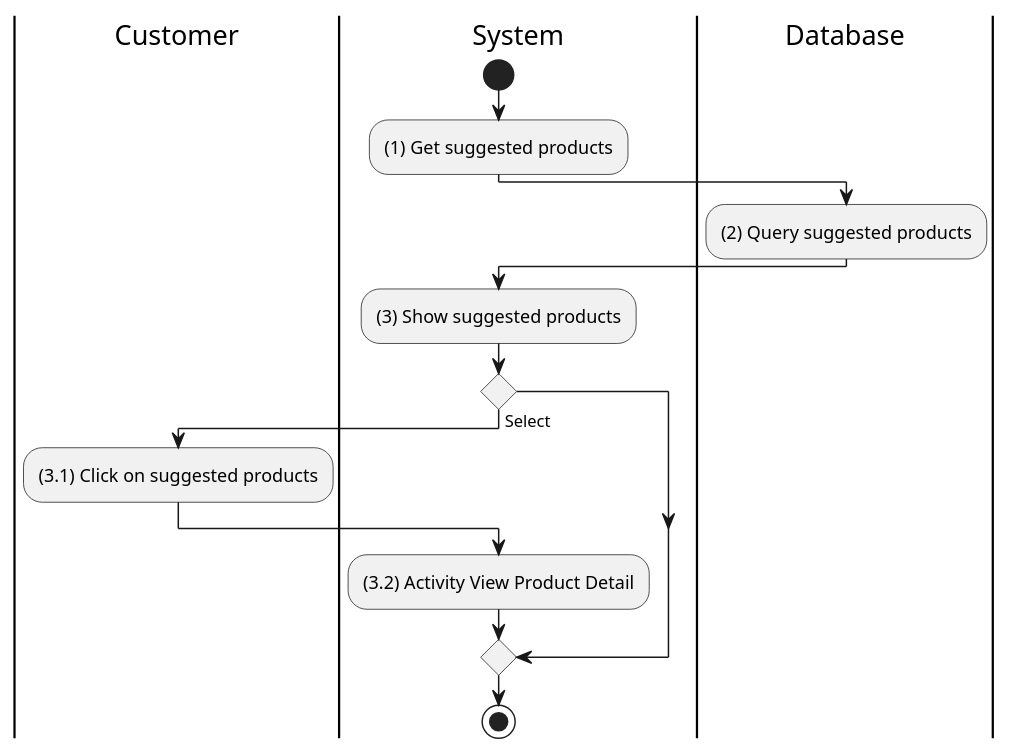
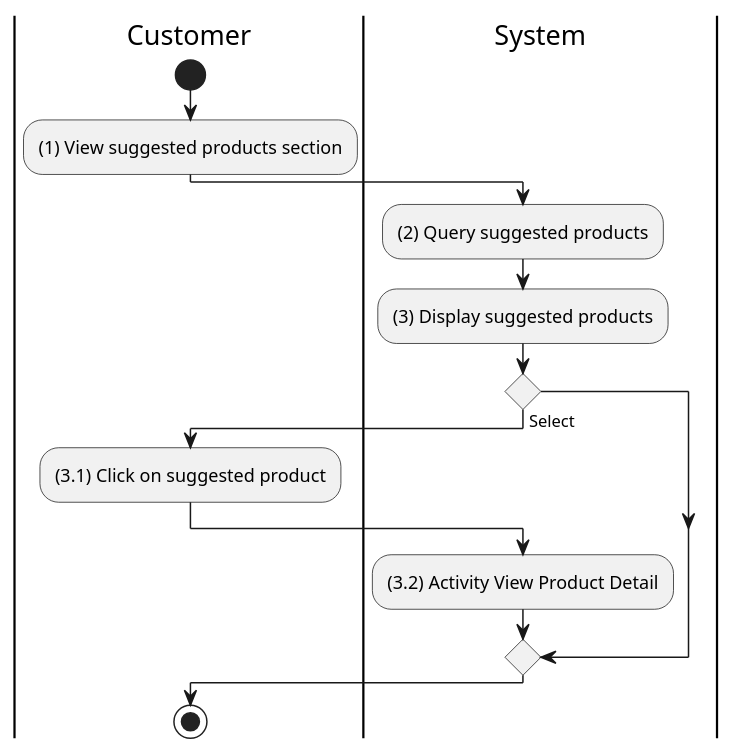
Before and after one commit to electricilies/electricilies.github.io: the diagram in docs/software-docs/activity/view-product/view-suggested-product.md, drawn with PlantUML. The commit also changed 47 other files, not shown here.

````diff
--- a/docs/software-docs/activity/view-product/view-suggested-product.md
+++ b/docs/software-docs/activity/view-product/view-suggested-product.md
@@ -3,23 +3,21 @@
 ```plantuml
 @startuml
 |C|Customer
 |S|System
-|D|Database
 
+|C|
+start
+:(1) View suggested products section;
 |S|
-start
-:(1) Get suggested products;
-|D|
 :(2) Query suggested products;
-|S|
-:(3) Show suggested products;
+:(3) Display suggested products;
 if () then (Select)
   |C|
-  :(3.1) Click on suggested products;
+  :(3.1) Click on suggested product;
   |S|
   :(3.2) Activity View Product Detail;
 endif
+|C|
 stop
-
 @enduml
 ```
````
